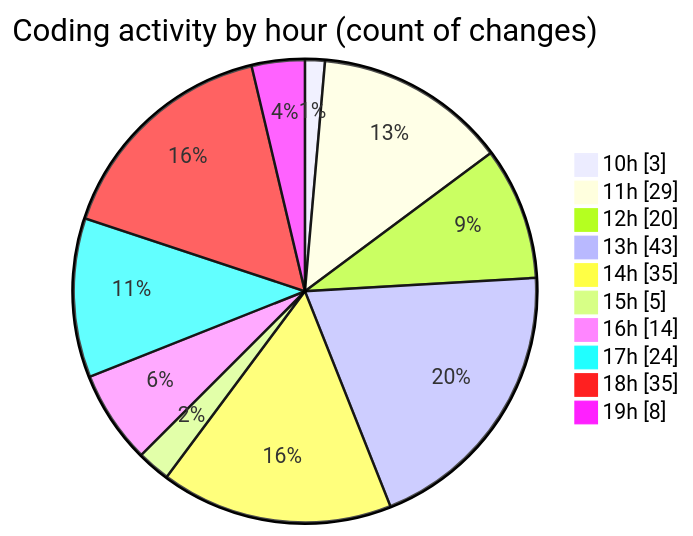
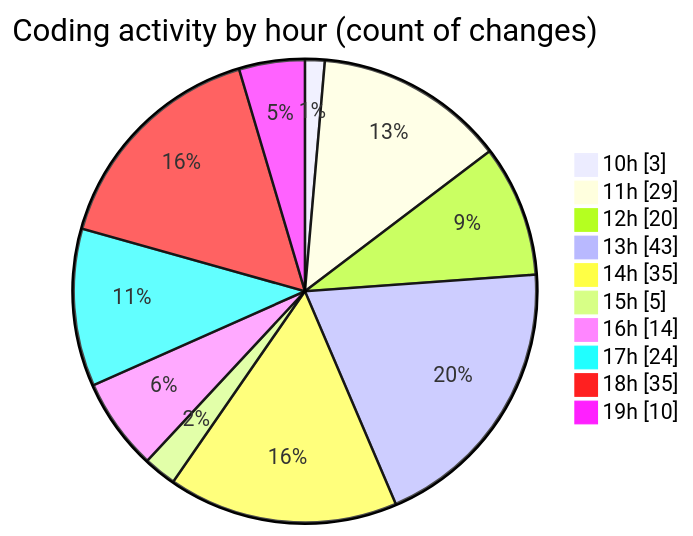
One commit to EIIisD/code-tracking changed the second of 2 diagrams in 2025-08-14/ribbon/README.md. Above: the diagram before and after it, drawn with Mermaid. The commit also changed other lines of this file and 1 other file, not shown here.

````diff
--- a/2025-08-14/ribbon/README.md
+++ b/2025-08-14/ribbon/README.md
@@ -45,14 +45,14 @@
 ```mermaid
 pie showData
 title Coding activity by hour (count of changes)
 "10h" : 3
 "11h" : 29
 "12h" : 20
 "13h" : 43
 "14h" : 35
 "15h" : 5
 "16h" : 14
 "17h" : 24
 "18h" : 35
-"19h" : 8
+"19h" : 10
 ```
````
